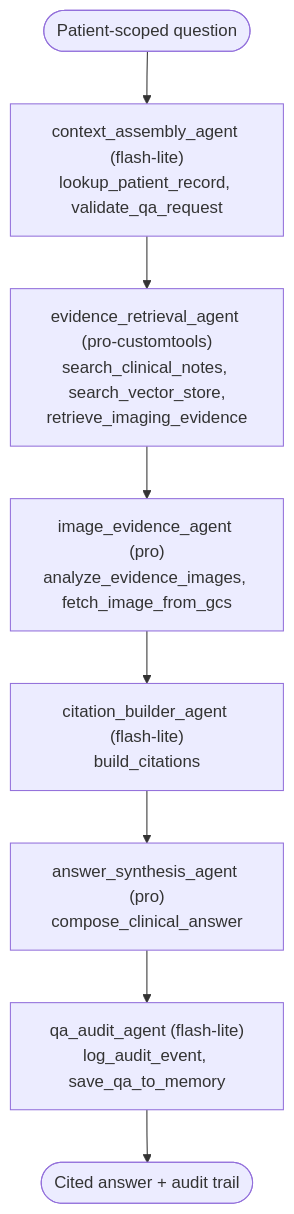
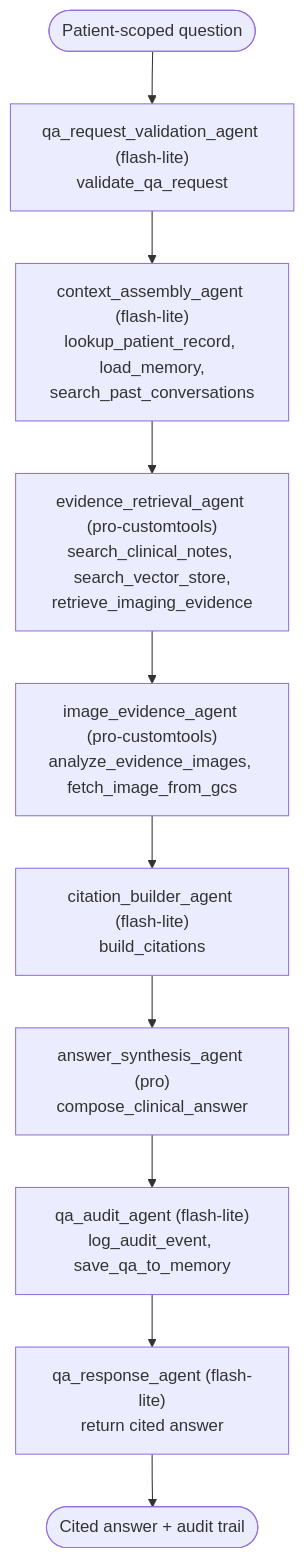
The diagram in Project Wiki/03 Processes/Patient QA Pipeline.md (GeorgiNaydenov/Google-Capstone-Project), drawn with Mermaid before and after one commit. The commit also changed other lines of this file and 290 other files, not shown here.

````diff
--- a/Project Wiki/03 Processes/Patient QA Pipeline.md
+++ b/Project Wiki/03 Processes/Patient QA Pipeline.md
@@ -17,10 +17,12 @@
 ```mermaid
 flowchart TD
-    START([Patient-scoped question]) --> CA
-    CA["context_assembly_agent (flash-lite)<br/>lookup_patient_record, validate_qa_request"] --> ER
+    START([Patient-scoped question]) --> VR
+    VR["qa_request_validation_agent (flash-lite)<br/>validate_qa_request"] --> CA
+    CA["context_assembly_agent (flash-lite)<br/>lookup_patient_record, load_memory,<br/>search_past_conversations"] --> ER
     ER["evidence_retrieval_agent (pro-customtools)<br/>search_clinical_notes, search_vector_store,<br/>retrieve_imaging_evidence"] --> IE
-    IE["image_evidence_agent (pro)<br/>analyze_evidence_images, fetch_image_from_gcs"] --> CB
+    IE["image_evidence_agent (pro-customtools)<br/>analyze_evidence_images, fetch_image_from_gcs"] --> CB
     CB["citation_builder_agent (flash-lite)<br/>build_citations"] --> AS
     AS["answer_synthesis_agent (pro)<br/>compose_clinical_answer"] --> AU
-    AU["qa_audit_agent (flash-lite)<br/>log_audit_event, save_qa_to_memory"] --> DONE([Cited answer + audit trail])
+    AU["qa_audit_agent (flash-lite)<br/>log_audit_event, save_qa_to_memory"] --> RS
+    RS["qa_response_agent (flash-lite)<br/>return cited answer"] --> DONE([Cited answer + audit trail])
 ```
````
